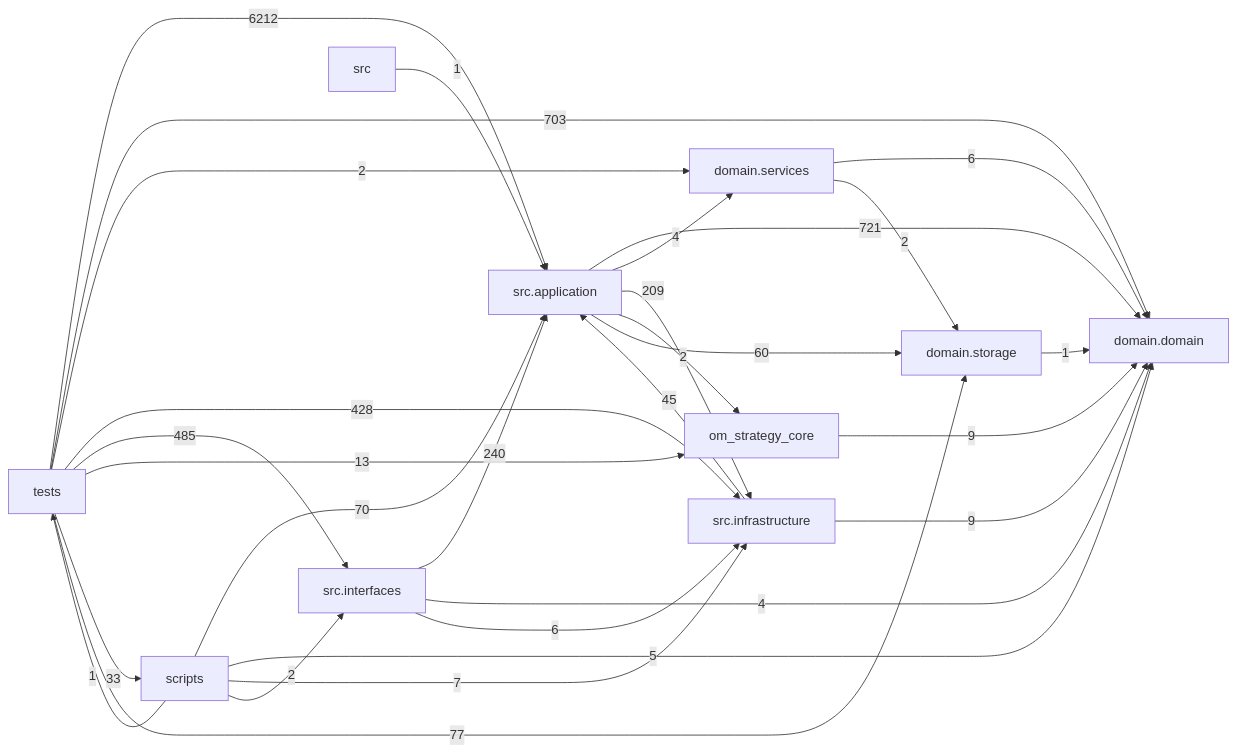
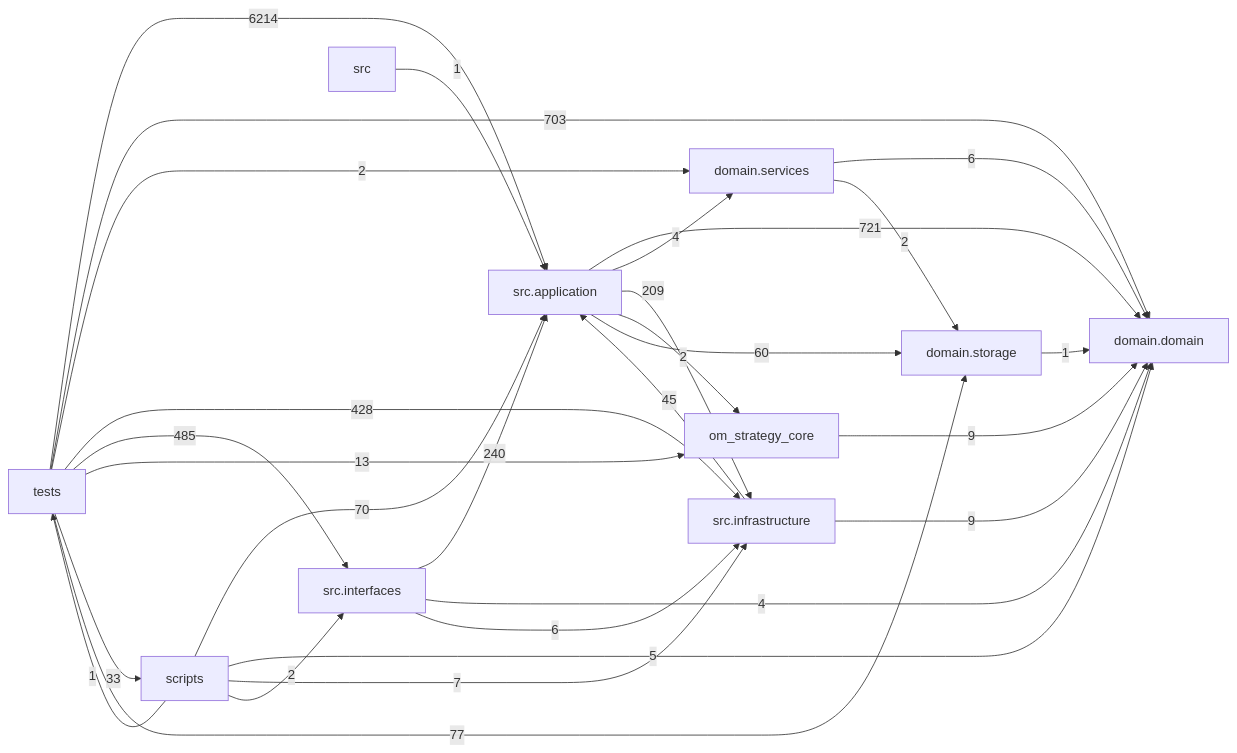
The diagram in docs/DEPENDENCY_GRAPH.md (liuxie066/options-monitor), drawn with Mermaid before and after one commit. The commit also changed other lines of this file and 4 other files, not shown here.

````diff
--- a/docs/DEPENDENCY_GRAPH.md
+++ b/docs/DEPENDENCY_GRAPH.md
@@ -24,39 +24,39 @@
 ```mermaid
 flowchart LR
   tests["tests"]
   scripts["scripts"]
   interfaces["src.interfaces"]
   application["src.application"]
   infrastructure["src.infrastructure"]
   domain_services["domain.services"]
   domain["domain.domain"]
   storage["domain.storage"]
   application -->|721| domain
   application -->|4| domain_services
   application -->|209| infrastructure
   application -->|2| om_strategy_core
   application -->|60| storage
   domain_services -->|6| domain
   domain_services -->|2| storage
   infrastructure -->|45| application
   infrastructure -->|9| domain
   interfaces -->|240| application
   interfaces -->|4| domain
   interfaces -->|6| infrastructure
   om_strategy_core -->|9| domain
   scripts -->|70| application
   scripts -->|5| domain
   scripts -->|7| infrastructure
   scripts -->|2| interfaces
   scripts -->|1| tests
   src -->|1| application
   storage -->|1| domain
-  tests -->|6212| application
+  tests -->|6214| application
   tests -->|703| domain
   tests -->|2| domain_services
   tests -->|428| infrastructure
   tests -->|485| interfaces
   tests -->|13| om_strategy_core
   tests -->|33| scripts
   tests -->|77| storage
 ```
````
